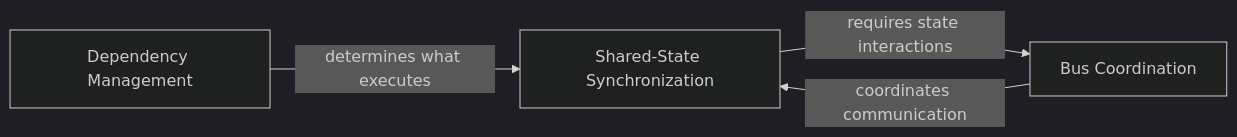
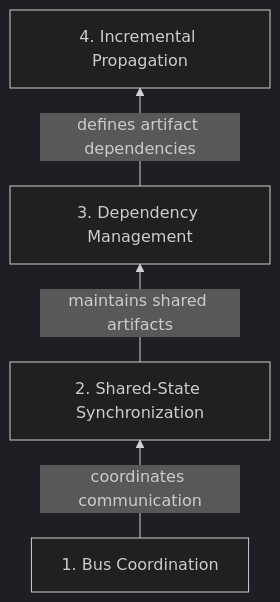
One commit to aam-cloudsky/Reed changed the first of 10 diagrams in docs/architecture.md. Above: the diagram before and after it, drawn with Mermaid (dark theme). The commit also changed other lines of this file and 1 other file, not shown here.

First line of the commit message:
Resolve issue #1: clarify Node, Flow, and Run boundaries

````diff
--- a/docs/architecture.md
+++ b/docs/architecture.md
@@ -15,10 +12,11 @@
 ```mermaid
-flowchart LR
-    D[Dependency Management]
-    S[Shared-State Synchronization]
-    B[Bus Coordination]
+flowchart BT
+    B["1. Bus Coordination"]
+    S["2. Shared-State Synchronization"]
+    D["3. Dependency Management"]
+    P["4. Incremental Propagation"]
 
-    D -->|determines what executes| S
-    S -->|requires state interactions| B
-    B -->|coordinates communication| S
+    B -->|"coordinates communication"| S
+    S -->|"maintains shared artifacts"| D
+    D -->|"defines artifact dependencies"| P
 ```
````
